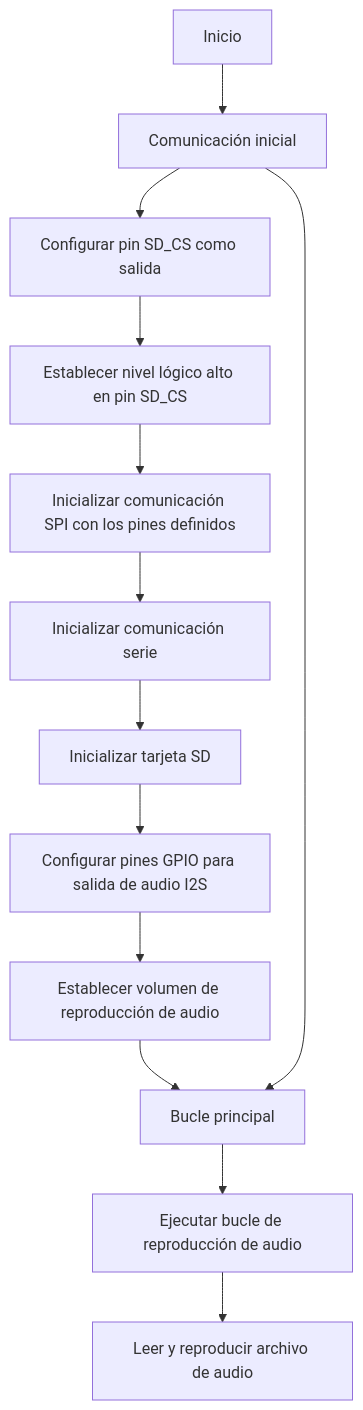
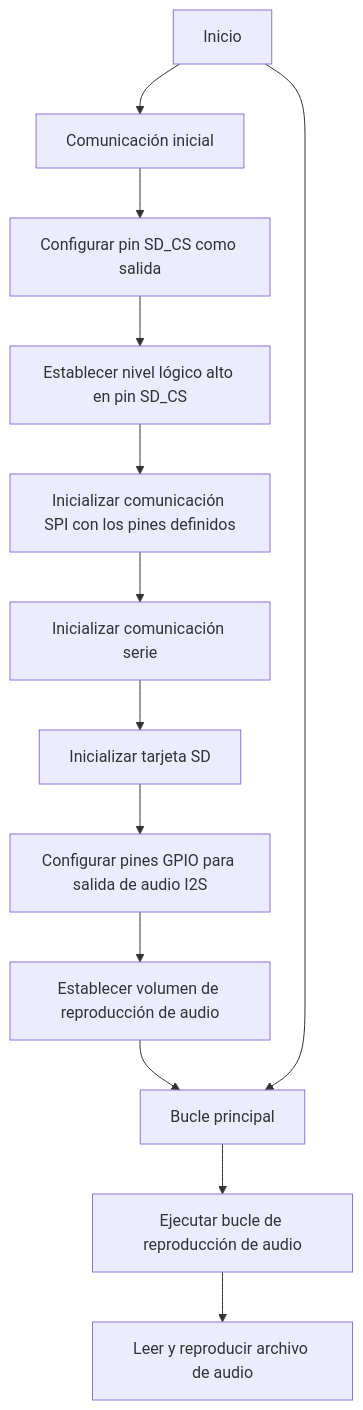
The second of 2 diagrams in README.md (Yagouch/ProcesadoresDigitales), drawn with Mermaid before and after one commit.

````diff
--- a/README.md
+++ b/README.md
@@ -126,17 +126,17 @@
 ```mermaid
 flowchart TD;
     A[Inicio] --> B[Comunicación inicial];
     B --> C[Configurar pin SD_CS como salida];
     C --> D[Establecer nivel lógico alto en pin SD_CS];
     D --> E[Inicializar comunicación SPI con los pines definidos];
     E --> F[Inicializar comunicación serie];
     F --> G[Inicializar tarjeta SD];
     G --> H[Configurar pines GPIO para salida de audio I2S];
     H --> I[Establecer volumen de reproducción de audio];
     I --> J[Conectar objeto audio al sistema de archivos de la tarjeta SD y especificar archivo de audio a reproducir];
     
-    B --> J[Bucle principal];
+    A --> J[Bucle principal];
     J --> K[Ejecutar bucle de reproducción de audio ];
     K --> L[Leer y reproducir archivo de audio];
   
 ```
````
